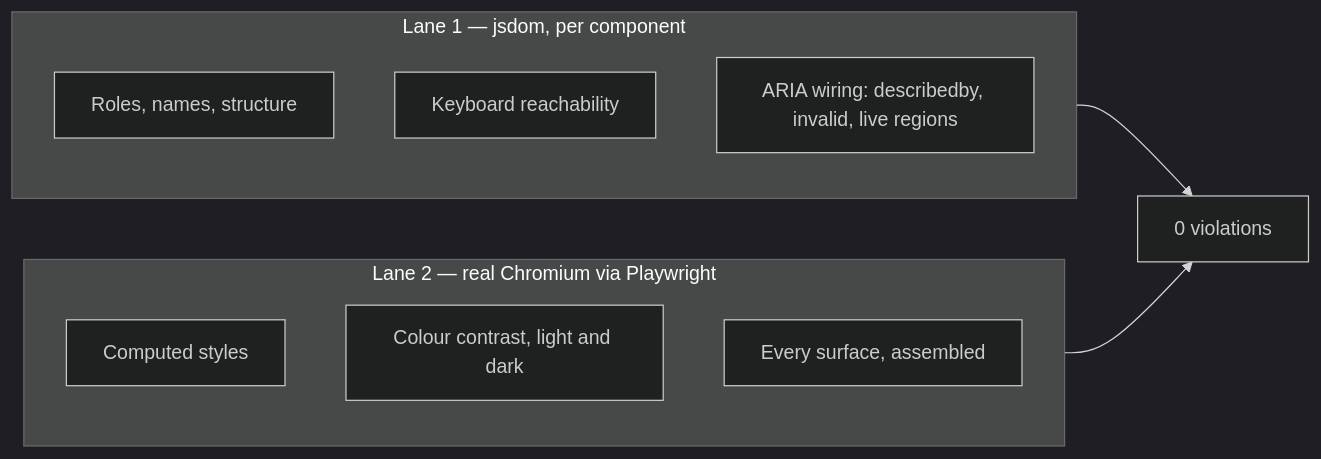
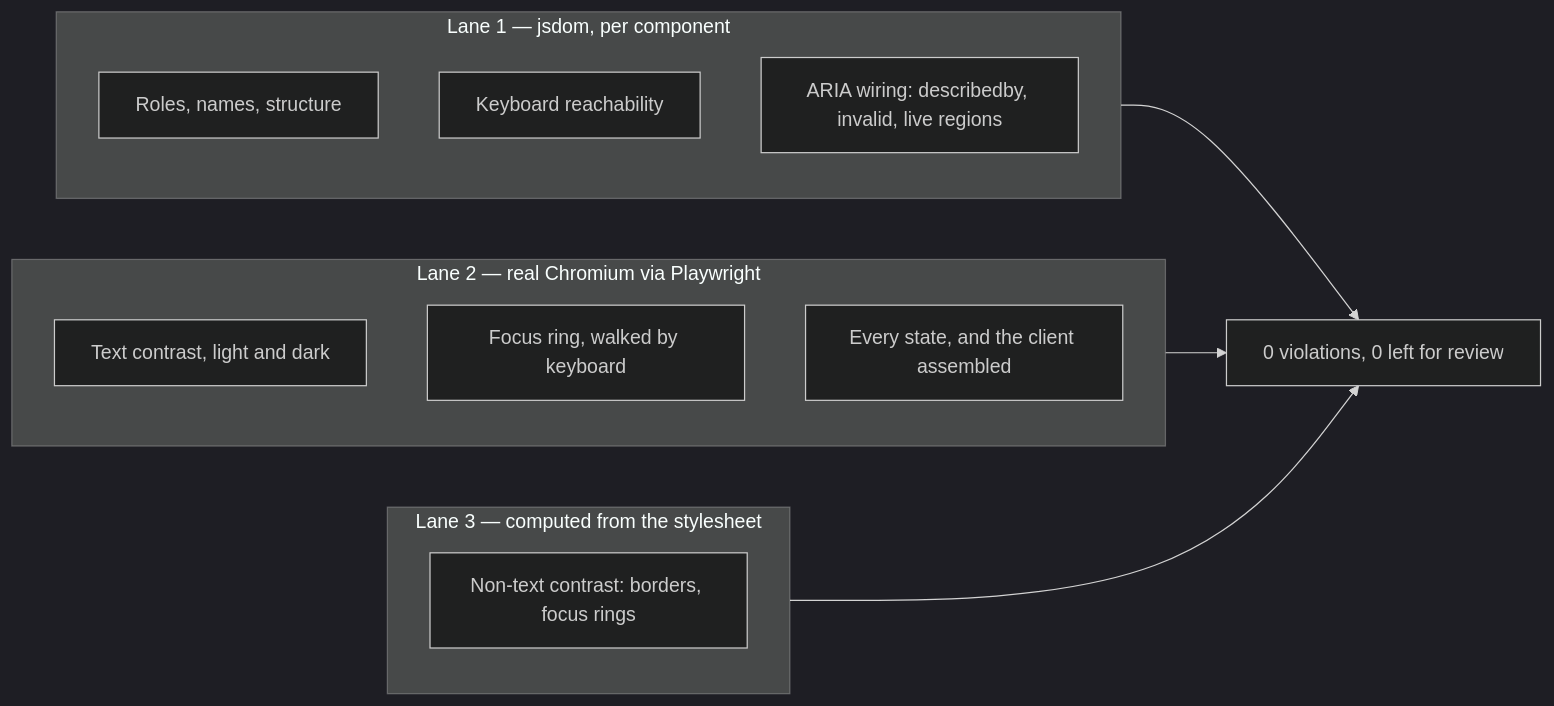
One commit to d4551/cloudflare-dsh changed the sixth of 7 diagrams in README.md. Above: the diagram before and after it, drawn with Mermaid (dark theme). The commit also changed other lines of this file and 12 other files, not shown here.

````diff
--- a/README.md
+++ b/README.md
@@ -631,15 +641,19 @@
 ```mermaid
 graph LR
     subgraph jsdom["Lane 1 — jsdom, per component"]
         A["Roles, names, structure"]
         B["Keyboard reachability"]
         C["ARIA wiring: describedby, invalid, live regions"]
     end
     subgraph chromium["Lane 2 — real Chromium via Playwright"]
-        D["Computed styles"]
-        E["Colour contrast, light and dark"]
-        F["Every surface, assembled"]
+        D["Text contrast, light and dark"]
+        E["Focus ring, walked by keyboard"]
+        F["Every state, and the client assembled"]
     end
-    jsdom --> G["0 violations"]
+    subgraph computed["Lane 3 — computed from the stylesheet"]
+        H["Non-text contrast: borders, focus rings"]
+    end
+    jsdom --> G["0 violations, 0 left for review"]
     chromium --> G
+    computed --> G
 ```
````
